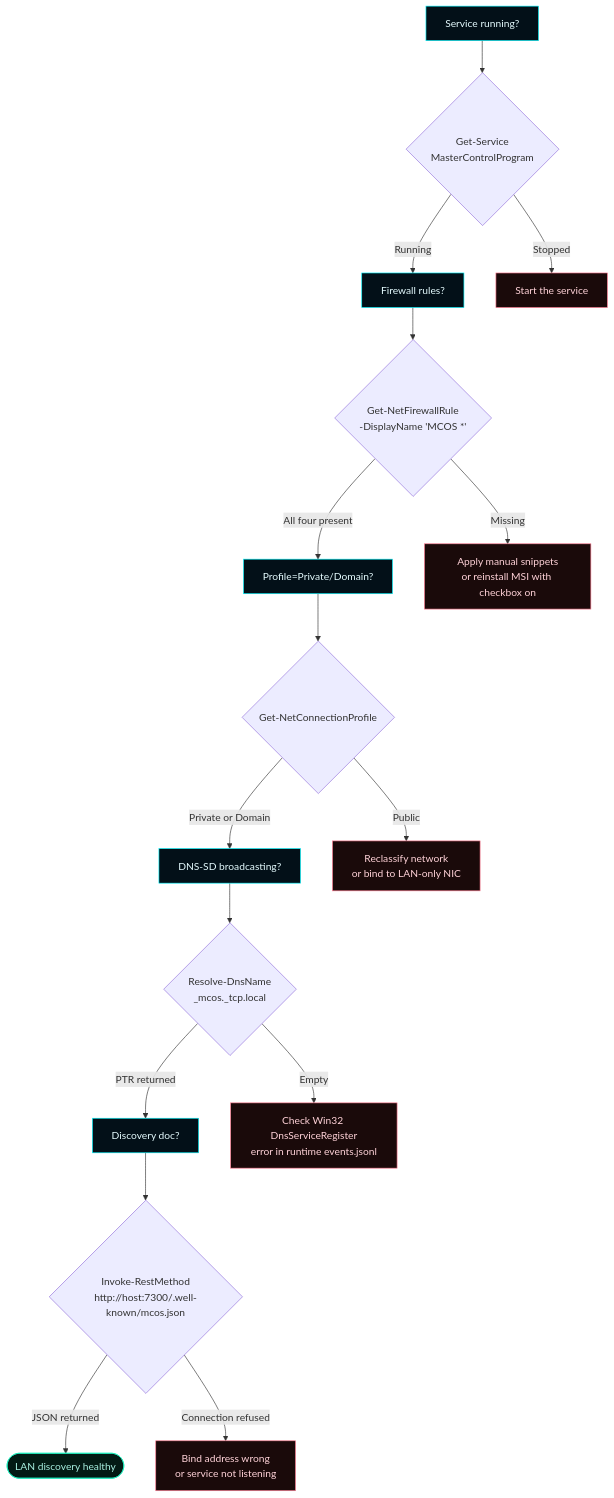
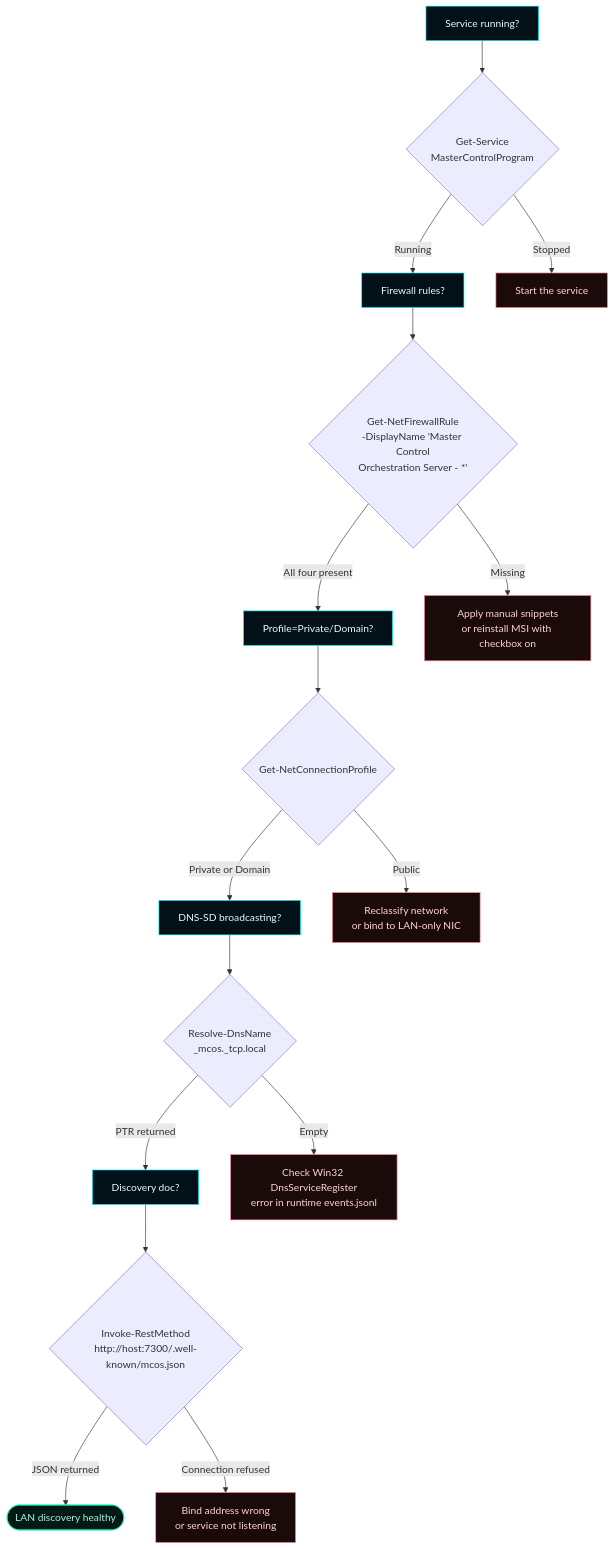
One commit to flynn33/Master-Control-Orchestration-Server changed the fourth of 4 diagrams in docs/wiki/LAN-Discovery.md. Above: the diagram before and after it, drawn with Mermaid. The commit also changed other lines of this file and 19 other files, not shown here.

````diff
--- a/docs/wiki/LAN-Discovery.md
+++ b/docs/wiki/LAN-Discovery.md
@@ -291,26 +291,26 @@
 ```mermaid
 flowchart TB
     classDef step fill:#031018,stroke:#00F6FF,color:#E6FCFF;
     classDef good fill:#031a14,stroke:#1cf2c1,color:#a8efe0;
     classDef bad fill:#1a0a0a,stroke:#ff7a90,color:#ffd2d8;
 
     A[Service running?]:::step --> A1{Get-Service<br/>MasterControlProgram}
     A1 -->|Running| B[Firewall rules?]:::step
     A1 -->|Stopped| Aerr[Start the service]:::bad
 
-    B --> B1{Get-NetFirewallRule<br/>-DisplayName 'MCOS *'}
+    B --> B1{Get-NetFirewallRule<br/>-DisplayName 'Master Control<br/>Orchestration Server - *'}
     B1 -->|All four present| C[Profile=Private/Domain?]:::step
     B1 -->|Missing| Berr[Apply manual snippets<br/>or reinstall MSI with checkbox on]:::bad
 
     C --> C1{Get-NetConnectionProfile}
     C1 -->|Private or Domain| D[DNS-SD broadcasting?]:::step
     C1 -->|Public| Cerr[Reclassify network<br/>or bind to LAN-only NIC]:::bad
 
     D --> D1{Resolve-DnsName<br/>_mcos._tcp.local}
     D1 -->|PTR returned| E[Discovery doc?]:::step
     D1 -->|Empty| Derr[Check Win32 DnsServiceRegister<br/>error in runtime events.jsonl]:::bad
 
     E --> E1{Invoke-RestMethod<br/>http://host:7300/.well-known/mcos.json}
     E1 -->|JSON returned| Done([LAN discovery healthy]):::good
     E1 -->|Connection refused| Eerr[Bind address wrong<br/>or service not listening]:::bad
 ```
````
